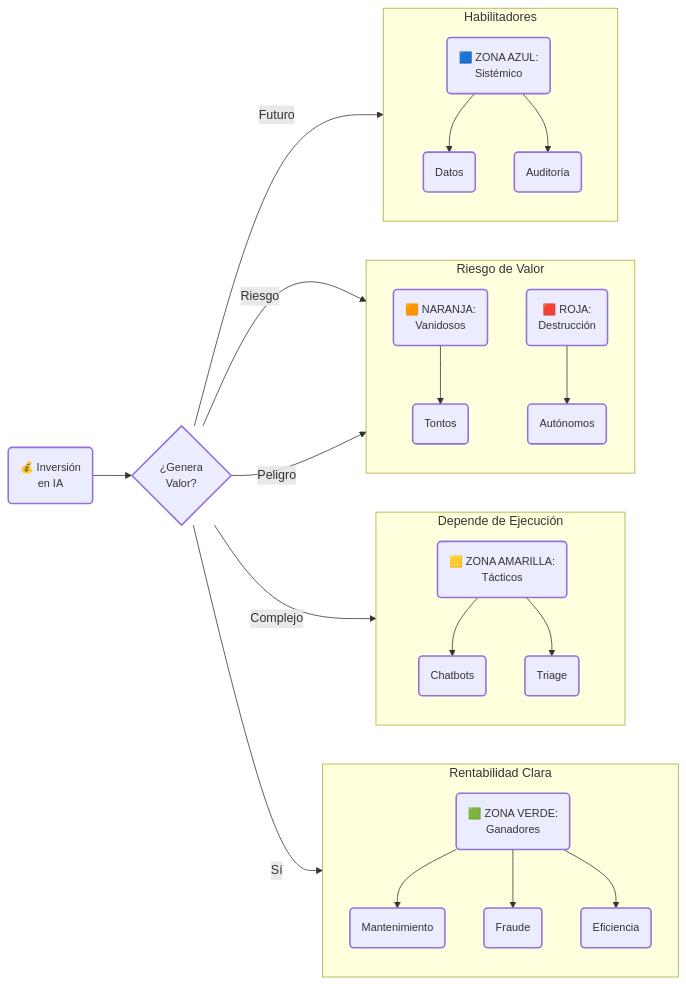
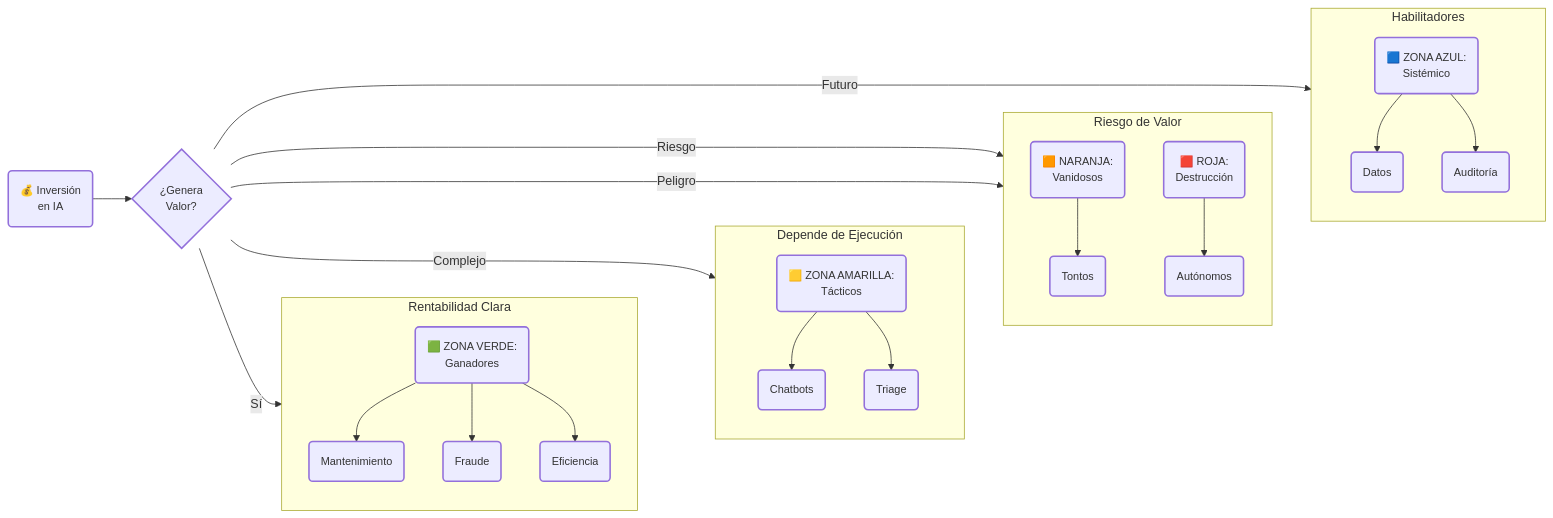
Before and after one commit to jccarvajal/Arquitectura-IA: the diagram in docs/guias/12-ROI-Financiero.md, drawn with Mermaid.

````diff
--- a/docs/guias/12-ROI-Financiero.md
+++ b/docs/guias/12-ROI-Financiero.md
@@ -15,37 +15,47 @@
 ```mermaid
 graph LR
-    %% CONFIGURACIÓN MAESTRA
+    %% CONFIGURACIÓN MAESTRA (Estilo limpio)
     classDef default font-size:14px,stroke-width:2px;
 
     Invest(💰 Inversión<br/>en IA) --> Evaluacion{¿Genera<br/>Valor?}
 
+    %% ZONA VERDE
     Evaluacion -->|Sí| Green(🟩 ZONA VERDE:<br/>Ganadores)
     subgraph Z_Green [Rentabilidad Clara]
         direction TB
         Green --> G1(Mantenimiento)
         Green --> G2(Fraude)
         Green --> G3(Eficiencia)
     end
 
+    %% ZONA AMARILLA
     Evaluacion -->|Complejo| Yellow(🟨 ZONA AMARILLA:<br/>Tácticos)
     subgraph Z_Yellow [Depende de Ejecución]
         direction TB
         Yellow --> Y1(Chatbots)
         Yellow --> Y2(Triage)
     end
 
+    %% ZONA RIESGO (NARANJA + ROJA)
     Evaluacion -->|Riesgo| Orange(🟧 NARANJA:<br/>Vanidosos)
     Evaluacion -->|Peligro| Red(🟥 ROJA:<br/>Destrucción)
     subgraph Z_Risk [Riesgo de Valor]
         direction TB
         Orange --> O1(Tontos)
         Red --> R1(Autónomos)
     end
 
+    %% ZONA AZUL
     Evaluacion -->|Futuro| Blue(🟦 ZONA AZUL:<br/>Sistémico)
     subgraph Z_Blue [Habilitadores]
         direction TB
         Blue --> B1(Datos)
         Blue --> B2(Auditoría)
     end
+
+    %% --- TRUCO DE ORDENAMIENTO (ENLACES INVISIBLES) ---
+    %% Esto obliga a Mermaid a apilar las zonas de arriba a abajo
+    Green ~~~ Yellow
+    Yellow ~~~ Orange
+    Orange ~~~ Blue
 ```
````
